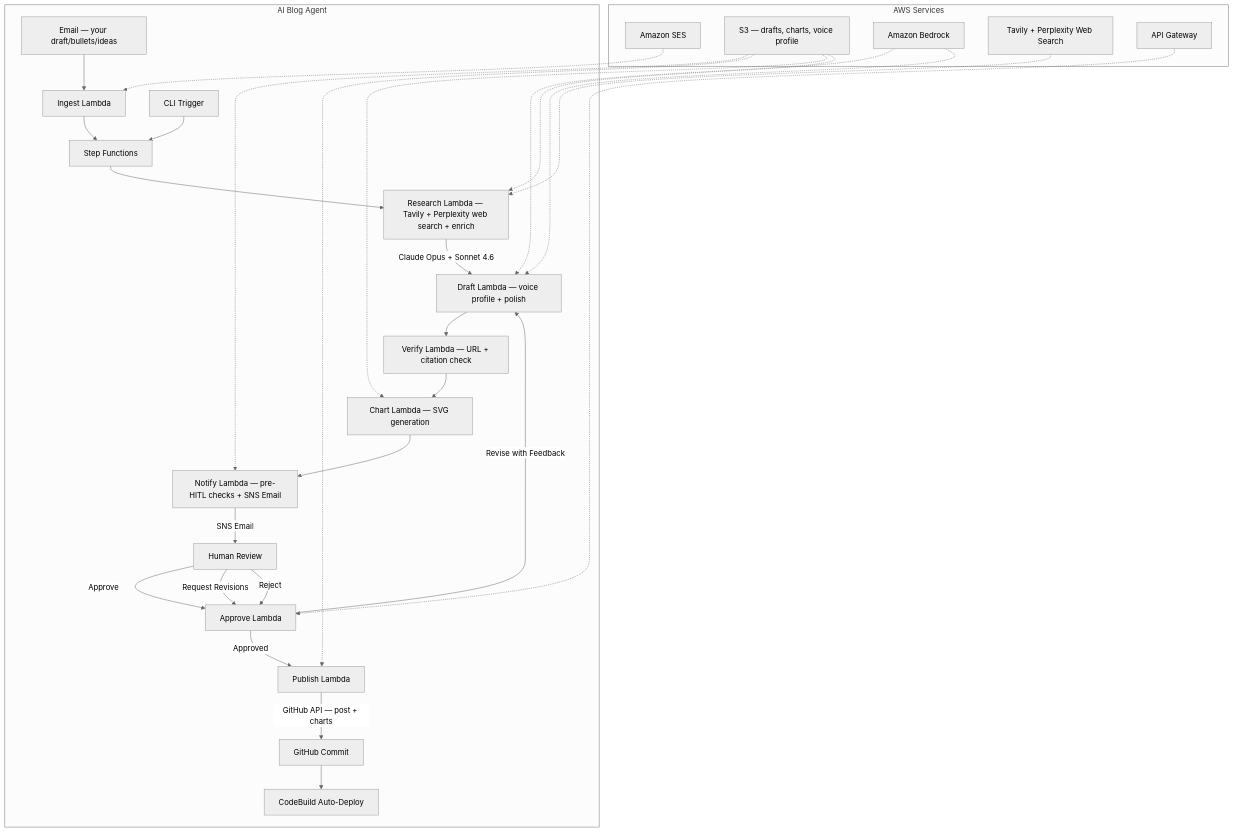
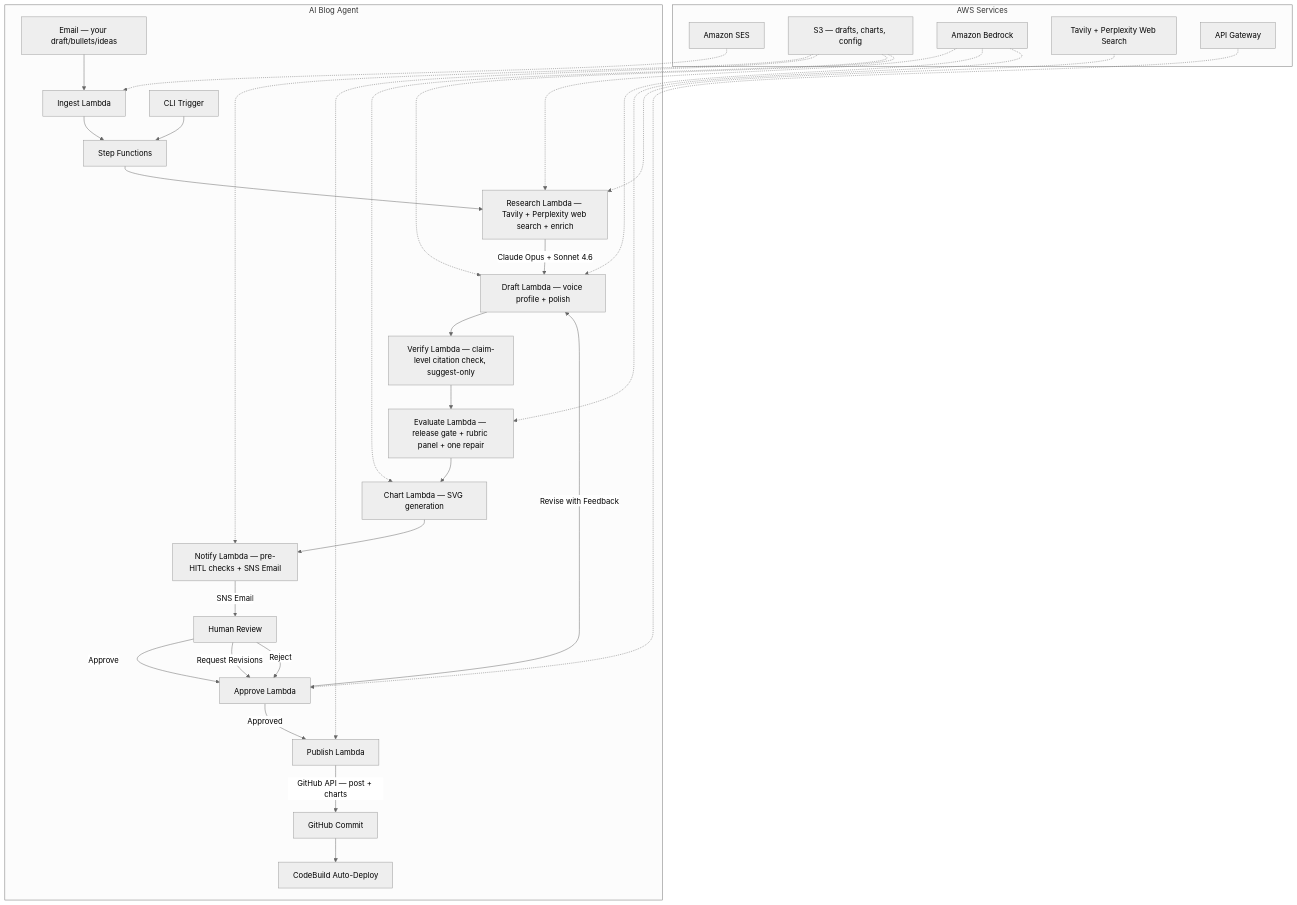
Before and after one commit to kzaky/khaledzaky.com: the second of 5 diagrams in README.md, drawn with Mermaid (neutral theme). The commit also changed other lines of this file, not shown here.

````diff
--- a/README.md
+++ b/README.md
@@ -38,33 +38,35 @@
 ```mermaid
 graph TD
     subgraph "AI Blog Agent"
         EM[Email — your draft/bullets/ideas] --> IG[Ingest Lambda]
         CLI[CLI Trigger] --> SF
         IG --> SF[Step Functions]
         SF --> R[Research Lambda — Tavily + Perplexity web search + enrich]
         R -->|Claude Opus + Sonnet 4.6| D[Draft Lambda — voice profile + polish]
-        D --> VC[Verify Lambda — URL + citation check]
-        VC --> CH[Chart Lambda — SVG generation]
+        D --> VC[Verify Lambda — claim-level citation check, suggest-only]
+        VC --> EV[Evaluate Lambda — release gate + rubric panel + one repair]
+        EV --> CH[Chart Lambda — SVG generation]
         CH --> N[Notify Lambda — pre-HITL checks + SNS Email]
         N -->|SNS Email| U[Human Review]
         U -->|Approve| AP[Approve Lambda]
         U -->|Request Revisions| AP
         U -->|Reject| AP
         AP -->|Approved| P[Publish Lambda]
         AP -->|Revise with Feedback| D
         P -->|GitHub API — post + charts| GH[GitHub Commit]
         GH --> CB[CodeBuild Auto-Deploy]
     end
 
     subgraph "AWS Services"
         SES[Amazon SES] -.-> IG
-        S3[S3 — drafts, charts, voice profile] -.-> N
+        S3[S3 — drafts, charts, config] -.-> N
         S3 -.-> P
         S3 -.-> CH
         S3 -.-> D
         BK[Amazon Bedrock] -.-> R
         BK -.-> D
+        BK -.-> EV
         TV[Tavily + Perplexity Web Search] -.-> R
         AG[API Gateway] -.-> AP
     end
 ```
````
